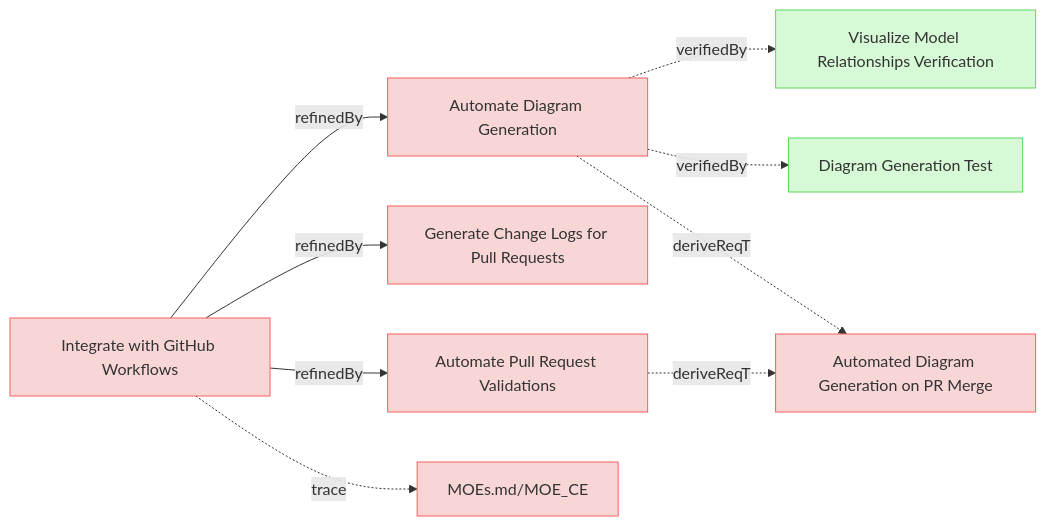
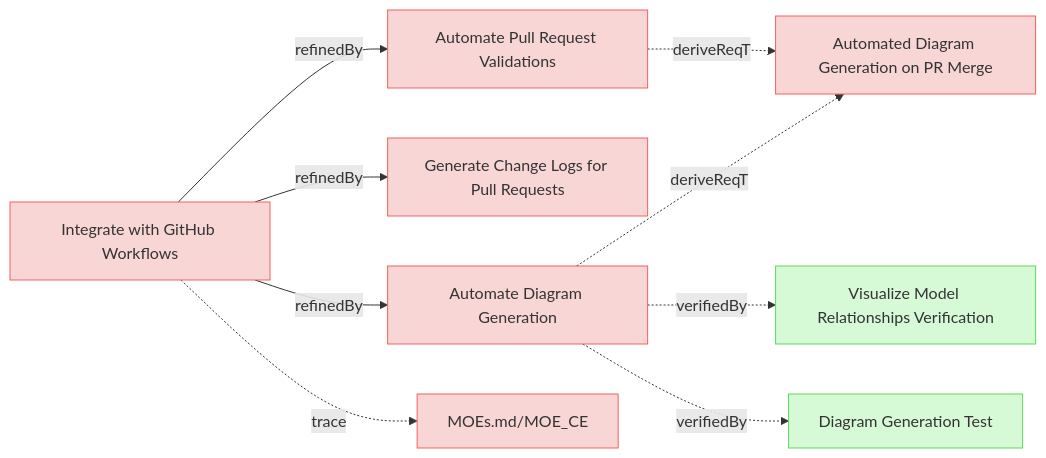
The fourth of 9 diagrams in specifications/UserRequirements.md (reqvire-org/reqvire), drawn with Mermaid before and after one commit. The commit also changed other lines of this file and 23 other files, not shown here.

````diff
--- a/specifications/UserRequirements.md
+++ b/specifications/UserRequirements.md
@@ -414,41 +422,41 @@
 ```mermaid
 graph LR;
   %% Graph styling
   classDef requirement fill:#f9d6d6,stroke:#f55f5f,stroke-width:1px;
   classDef verification fill:#d6f9d6,stroke:#5fd75f,stroke-width:1px;
   classDef externalLink fill:#d0e0ff,stroke:#3080ff,stroke-width:1px;
   classDef default fill:#f5f5f5,stroke:#333333,stroke-width:1px;
 
+  15f2f511b2399406["Automate Pull Request Validations"];
+  class 15f2f511b2399406 requirement;
+  click 15f2f511b2399406 "UserRequirements.md#automate-pull-request-validations";
+  3e3df7ad427a88fa["Automated Diagram Generation on PR Merge"];
+  class 3e3df7ad427a88fa requirement;
+  click 3e3df7ad427a88fa "SystemRequirements/Requirements.md#automated-diagram-generation-on-pr-merge";
+  15f2f511b2399406 -.->|deriveReqT| 3e3df7ad427a88fa;
+  672b444a568468b8["Generate Change Logs for Pull Requests"];
+  class 672b444a568468b8 requirement;
+  click 672b444a568468b8 "UserRequirements.md#generate-change-logs-for-pull-requests";
   98a581084d5542fa["Automate Diagram Generation"];
   class 98a581084d5542fa requirement;
   click 98a581084d5542fa "UserRequirements.md#automate-diagram-generation";
   de8ab093f22a5cd7["Visualize Model Relationships Verification"];
   class de8ab093f22a5cd7 verification;
   click de8ab093f22a5cd7 "Verifications/DiagramsTests.md#visualize-model-relationships-verification";
   98a581084d5542fa -.->|verifiedBy| de8ab093f22a5cd7;
   2d2cf67bb8070da8["Diagram Generation Test"];
   class 2d2cf67bb8070da8 verification;
   click 2d2cf67bb8070da8 "Verifications/DiagramsTests.md#diagram-generation-test";
   98a581084d5542fa -.->|verifiedBy| 2d2cf67bb8070da8;
-  3e3df7ad427a88fa["Automated Diagram Generation on PR Merge"];
-  class 3e3df7ad427a88fa requirement;
-  click 3e3df7ad427a88fa "SystemRequirements/Requirements.md#automated-diagram-generation-on-pr-merge";
   98a581084d5542fa -.->|deriveReqT| 3e3df7ad427a88fa;
-  672b444a568468b8["Generate Change Logs for Pull Requests"];
-  class 672b444a568468b8 requirement;
-  click 672b444a568468b8 "UserRequirements.md#generate-change-logs-for-pull-requests";
-  15f2f511b2399406["Automate Pull Request Validations"];
-  class 15f2f511b2399406 requirement;
-  click 15f2f511b2399406 "UserRequirements.md#automate-pull-request-validations";
-  15f2f511b2399406 -.->|deriveReqT| 3e3df7ad427a88fa;
   98eaeddc27f99e11["Integrate with GitHub Workflows"];
   class 98eaeddc27f99e11 requirement;
   click 98eaeddc27f99e11 "UserStories.md#integrate-with-github-workflows";
   e9ad540a6411a0fc["MOEs.md/MOE_CE"];
   class e9ad540a6411a0fc requirement;
   click e9ad540a6411a0fc "MOEs.md#moe_ce";
   98eaeddc27f99e11 -.->|trace| e9ad540a6411a0fc;
+  98eaeddc27f99e11 -->|refinedBy| 15f2f511b2399406;
+  98eaeddc27f99e11 -->|refinedBy| 672b444a568468b8;
   98eaeddc27f99e11 -->|refinedBy| 98a581084d5542fa;
-  98eaeddc27f99e11 -->|refinedBy| 672b444a568468b8;
-  98eaeddc27f99e11 -->|refinedBy| 15f2f511b2399406;
 ```
````
